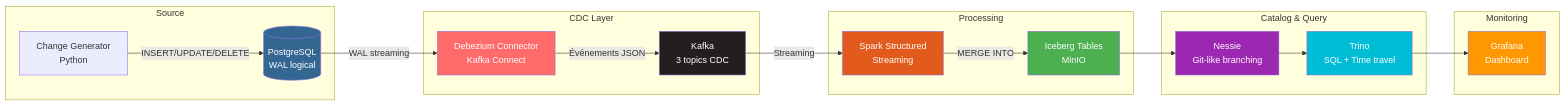
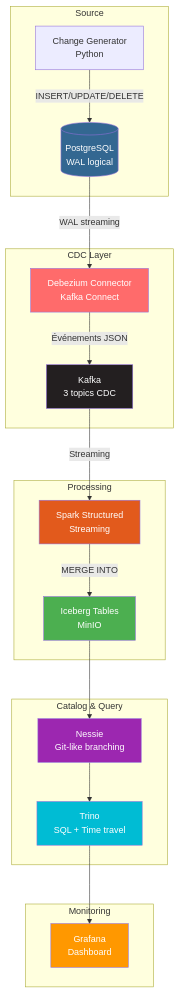
Before and after one commit to kainwangroger/cdc-iceberg-lakehouse: the diagram in architecture.md, drawn with Mermaid. The commit also changed other lines of this file and 1 other file, not shown here.

Commit message:
Update README and architecture documentation

````diff
--- a/architecture.md
+++ b/architecture.md
@@ -3,44 +3,45 @@
 ```mermaid
-graph LR
+%%{init: {"flowchart": {"nodeSpacing": 70, "rankSpacing": 70}}}%%
+graph TB
     subgraph "Source"
-        PG[(PostgreSQL<br/>WAL logical)]
-        CG[Change Generator<br/>Python]
+        PG[("PostgreSQL<br/>WAL logical")]
+        CG["Change Generator<br/>Python"]
     end
 
     subgraph "CDC Layer"
-        DB[Debezium Connector<br/>Kafka Connect]
-        K[Kafka<br/>3 topics CDC]
+        DB["Debezium Connector<br/>Kafka Connect"]
+        K["Kafka<br/>3 topics CDC"]
     end
 
     subgraph "Processing"
-        SP[Spark Structured<br/>Streaming]
-        ICE[Iceberg Tables<br/>MinIO]
+        SP["Spark Structured<br/>Streaming"]
+        ICE["Iceberg Tables<br/>MinIO"]
     end
 
     subgraph "Catalog & Query"
-        NE[Nessie<br/>Git-like branching]
-        TR[Trino<br/>SQL + Time travel]
+        NE["Nessie<br/>Git-like branching"]
+        TR["Trino<br/>SQL + Time travel"]
     end
 
     subgraph "Monitoring"
-        GF[Grafana<br/>Dashboard]
+        GF["Grafana<br/>Dashboard"]
     end
 
     CG -->|INSERT/UPDATE/DELETE| PG
     PG -->|WAL streaming| DB
     DB -->|Événements JSON| K
     K -->|Streaming| SP
     SP -->|MERGE INTO| ICE
     ICE --> NE
     NE --> TR
     TR --> GF
 
     style PG fill:#336791,color:#fff
     style DB fill:#FF6B6B,color:#fff
     style K fill:#231F20,color:#fff
     style SP fill:#E25A1C,color:#fff
     style ICE fill:#4CAF50,color:#fff
     style NE fill:#9C27B0,color:#fff
     style TR fill:#00BCD4,color:#fff
     style GF fill:#FF9800,color:#fff
 ```
````
